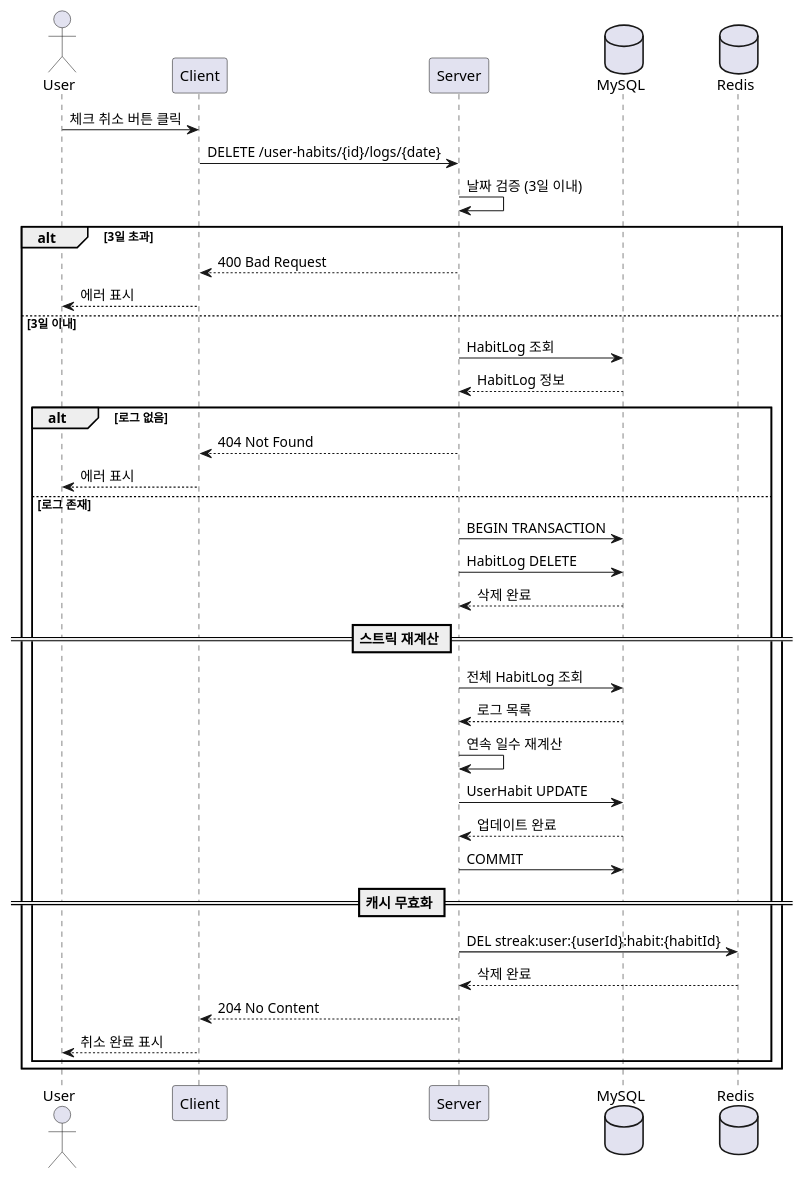
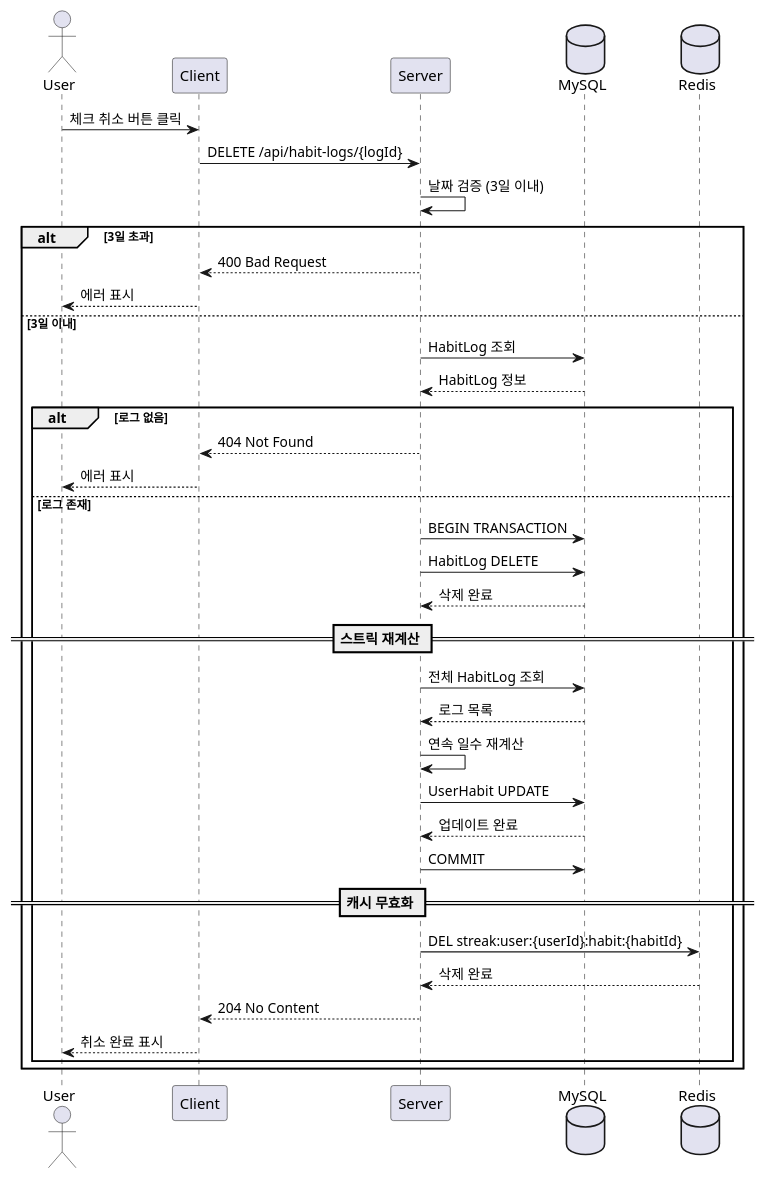
Diagram 16 of 29 in docs/sequence-diagram.md (daily-one-page/daily-one-page-backend), drawn with PlantUML before and after one commit. The commit also changed other lines of this file and 38 other files, not shown here.

First line of the commit message:
docs: Sync API spec, ERD, Sequence Diagram and add Postman Collection

````diff
--- a/docs/sequence-diagram.md
+++ b/docs/sequence-diagram.md
@@ -586,48 +586,48 @@
 ```plantuml
 @startuml 습관 체크 취소
 actor User
 participant Client
 participant Server
 database MySQL
 database Redis
 
 User -> Client: 체크 취소 버튼 클릭
-Client -> Server: DELETE /user-habits/{id}/logs/{date}
+Client -> Server: DELETE /api/habit-logs/{logId}
 Server -> Server: 날짜 검증 (3일 이내)
 
 alt 3일 초과
     Server --> Client: 400 Bad Request
     Client --> User: 에러 표시
 else 3일 이내
     Server -> MySQL: HabitLog 조회
     MySQL --> Server: HabitLog 정보
     
     alt 로그 없음
         Server --> Client: 404 Not Found
         Client --> User: 에러 표시
     else 로그 존재
         Server -> MySQL: BEGIN TRANSACTION
         
         Server -> MySQL: HabitLog DELETE
         MySQL --> Server: 삭제 완료
         
         == 스트릭 재계산 ==
         Server -> MySQL: 전체 HabitLog 조회
         MySQL --> Server: 로그 목록
         Server -> Server: 연속 일수 재계산
         Server -> MySQL: UserHabit UPDATE
         MySQL --> Server: 업데이트 완료
         
         Server -> MySQL: COMMIT
         
         == 캐시 무효화 ==
         Server -> Redis: DEL streak:user:{userId}:habit:{habitId}
         Redis --> Server: 삭제 완료
         
         Server --> Client: 204 No Content
         Client --> User: 취소 완료 표시
     end
 end
 
 @enduml
 ```
````
